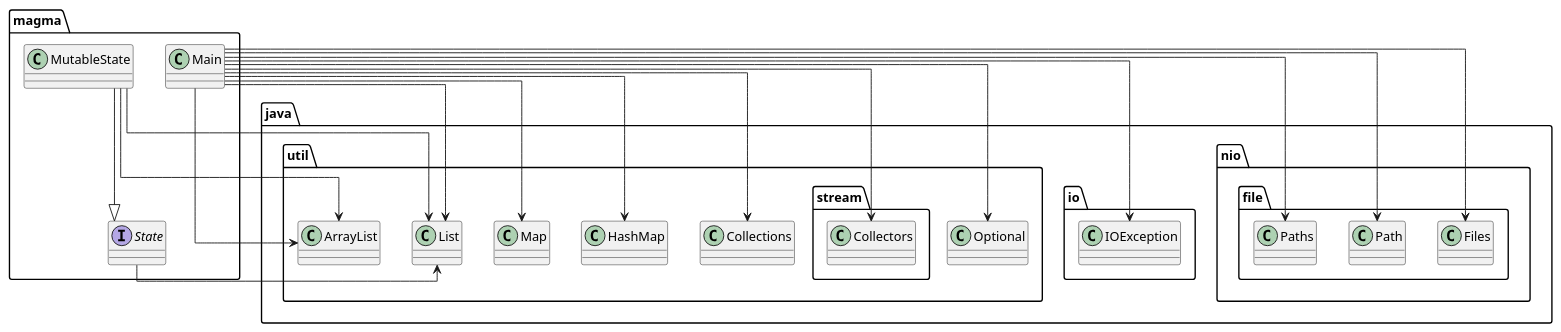
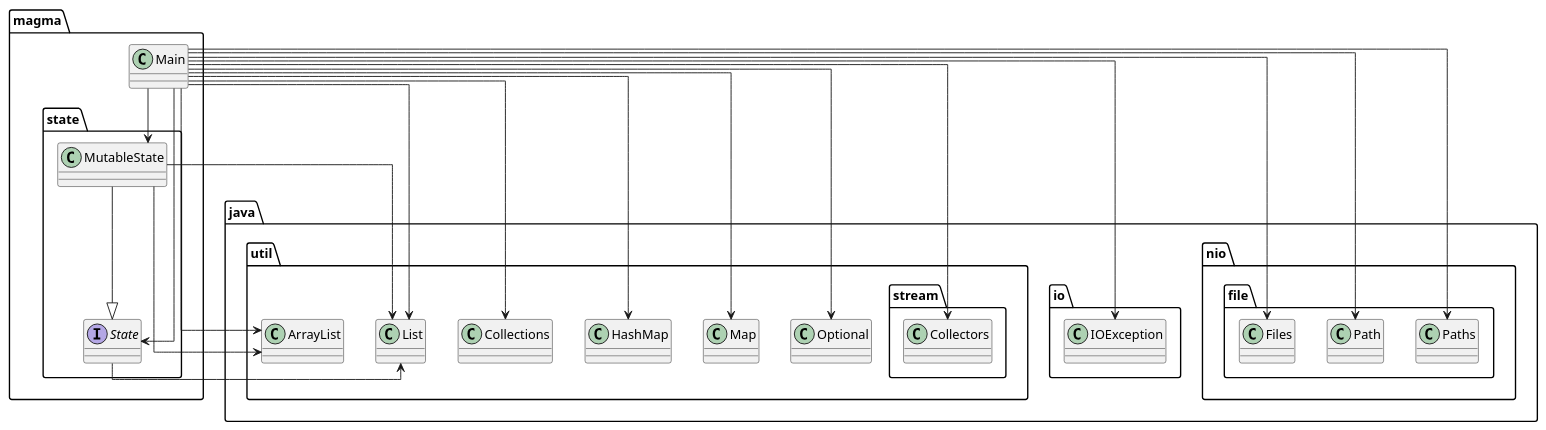
One commit to SirMathhman/Magma changed the diagram in diagram.puml. Above: the diagram before and after it, drawn with PlantUML. The commit also changed 3 other files, not shown here.

```diff
--- a/diagram.puml
+++ b/diagram.puml
@@ -1,21 +1,23 @@
 @startuml
 skinparam linetype ortho
-magma.MutableState --> java.util.ArrayList
-magma.MutableState --> java.util.List
-class magma.MutableState 
-magma.MutableState  --|> magma.State
+magma.state.MutableState --> java.util.ArrayList
+magma.state.MutableState --> java.util.List
+class magma.state.MutableState 
+magma.state.MutableState  --|> magma.state.State
+magma.Main --> magma.state.MutableState
+magma.Main --> magma.state.State
 magma.Main --> java.io.IOException
 magma.Main --> java.nio.file.Files
 magma.Main --> java.nio.file.Path
 magma.Main --> java.nio.file.Paths
 magma.Main --> java.util.ArrayList
 magma.Main --> java.util.Collections
 magma.Main --> java.util.HashMap
 magma.Main --> java.util.List
 magma.Main --> java.util.Map
 magma.Main --> java.util.Optional
 magma.Main --> java.util.stream.Collectors
 class magma.Main 
-magma.State --> java.util.List
-interface magma.State 
+magma.state.State --> java.util.List
+interface magma.state.State 
 @enduml
```
